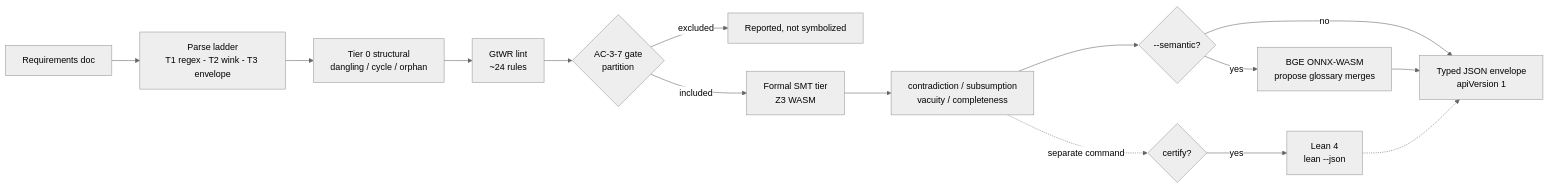
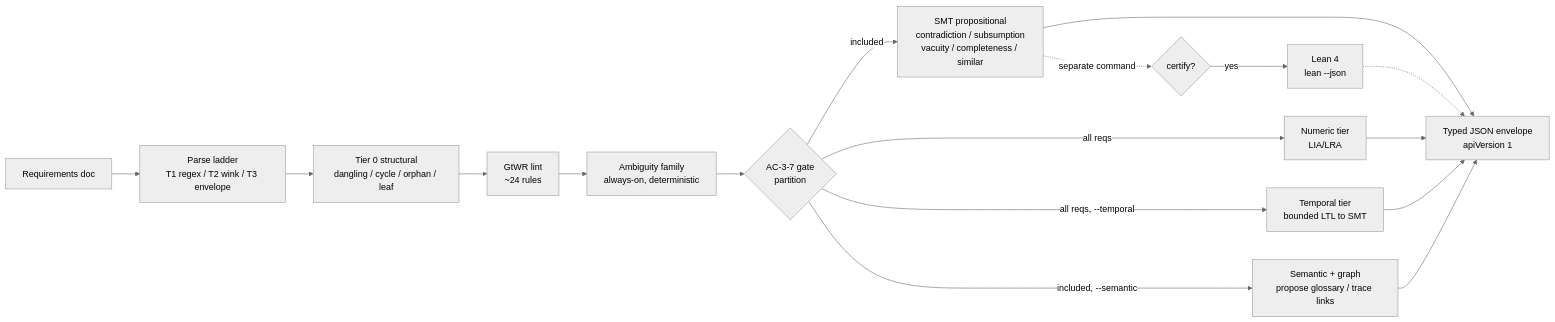
Before and after one commit to theagenticguy/symspec: the diagram in docs/architecture/system-overview.md, drawn with Mermaid (neutral theme). The commit also changed other lines of this file and 19 other files, not shown here.

````diff
--- a/docs/architecture/system-overview.md
+++ b/docs/architecture/system-overview.md
@@ -27,17 +25,19 @@
 ```mermaid
 flowchart LR
-  doc[Requirements doc] --> parse[Parse ladder<br/>T1 regex - T2 wink - T3 envelope]
-  parse --> struct[Tier 0 structural<br/>dangling / cycle / orphan]
+  doc[Requirements doc] --> parse[Parse ladder<br/>T1 regex / T2 wink / T3 envelope]
+  parse --> struct[Tier 0 structural<br/>dangling / cycle / orphan / leaf]
   struct --> lint[GtWR lint<br/>~24 rules]
-  lint --> gate{AC-3-7 gate<br/>partition}
-  gate -->|excluded| exc[Reported, not symbolized]
-  gate -->|included| smt[Formal SMT tier<br/>Z3 WASM]
-  smt --> contra[contradiction / subsumption<br/>vacuity / completeness]
-  contra --> sem{--semantic?}
-  sem -->|yes| embed[BGE ONNX-WASM<br/>propose glossary merges]
-  sem -->|no| env
-  embed --> env[Typed JSON envelope<br/>apiVersion 1]
-  contra -.->|separate command| cert{certify?}
+  lint --> ambig[Ambiguity family<br/>always-on, deterministic]
+  ambig --> gate{AC-3-7 gate<br/>partition}
+  gate -->|included| smt[SMT propositional<br/>contradiction / subsumption<br/>vacuity / completeness / similar]
+  gate -->|all reqs| num[Numeric tier<br/>LIA/LRA]
+  gate -->|all reqs, --temporal| temp[Temporal tier<br/>bounded LTL to SMT]
+  gate -->|included, --semantic| sem[Semantic + graph<br/>propose glossary / trace links]
+  smt --> env[Typed JSON envelope<br/>apiVersion 1]
+  num --> env
+  temp --> env
+  sem --> env
+  smt -.->|separate command| cert{certify?}
   cert -->|yes| lean[Lean 4<br/>lean --json]
   lean -.-> env
 ```
````
